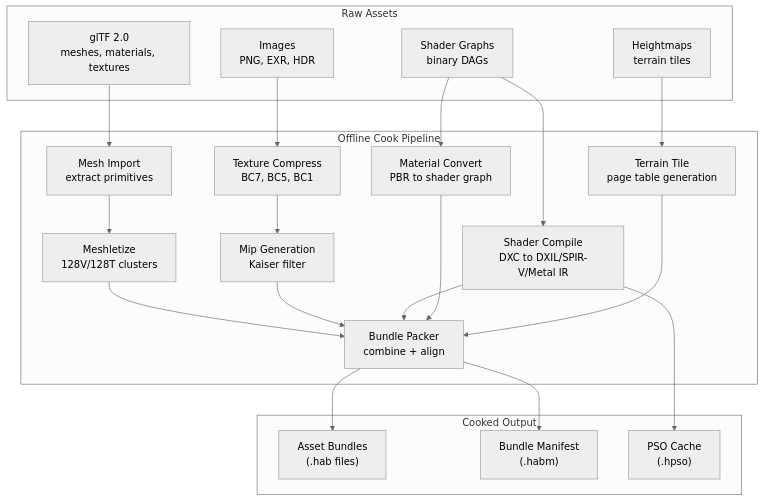
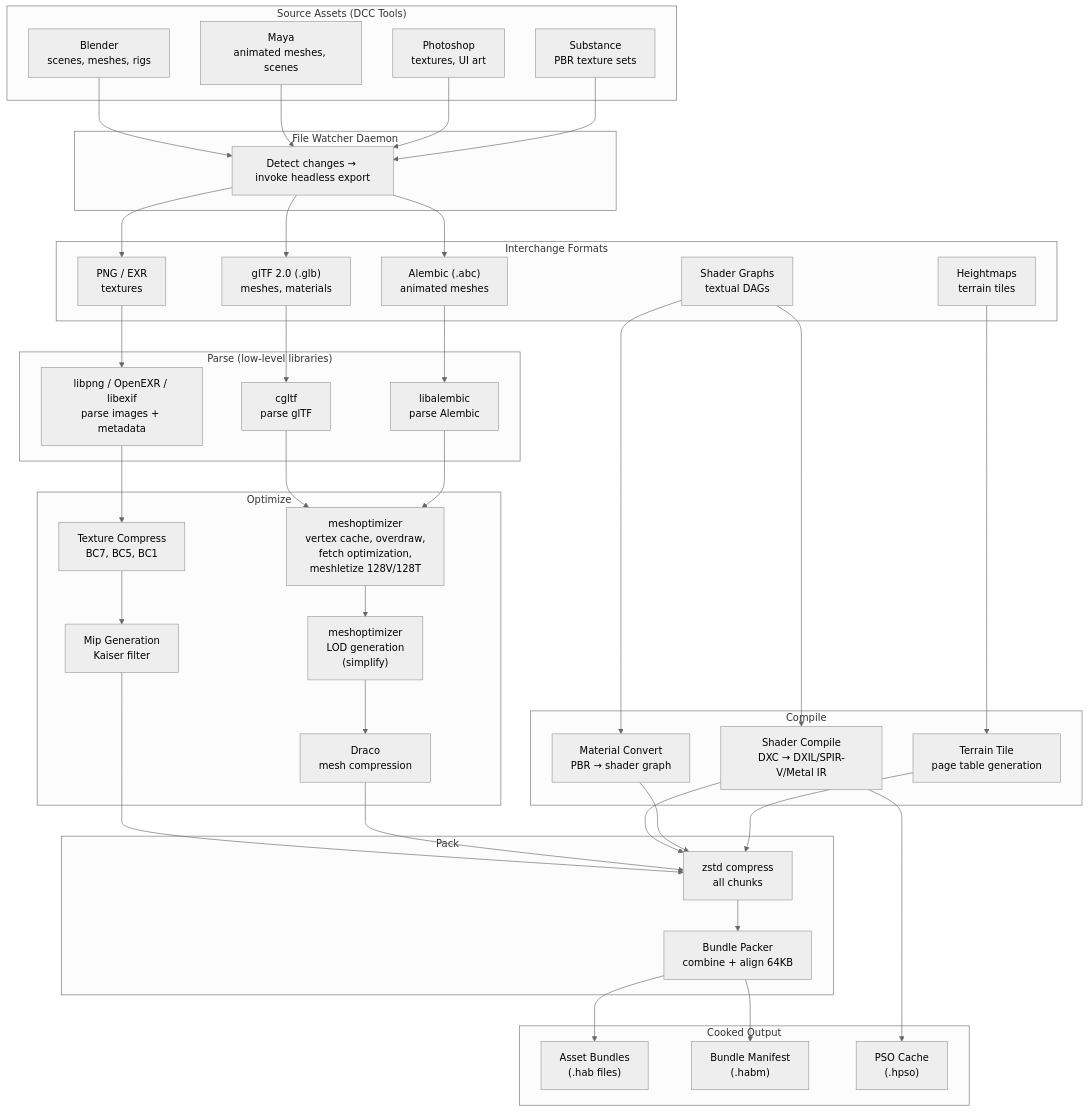
One commit to harmonius-dev/harmonius changed the first of 7 diagrams in docs/design/asset-pipeline.md. Above: the diagram before and after it, drawn with Mermaid (neutral theme). The commit also changed other lines of this file and 192 other files, not shown here.

````diff
--- a/docs/design/asset-pipeline.md
+++ b/docs/design/asset-pipeline.md
@@ -29,35 +77,72 @@
 ```mermaid
 flowchart TD
-    subgraph raw["Raw Assets"]
-        GLTF["glTF 2.0<br/>meshes, materials, textures"]
-        IMG["Images<br/>PNG, EXR, HDR"]
-        SG["Shader Graphs<br/>binary DAGs"]
+    subgraph source["Source Assets (DCC Tools)"]
+        BL["Blender<br/>scenes, meshes, rigs"]
+        MY["Maya<br/>animated meshes, scenes"]
+        PS["Photoshop<br/>textures, UI art"]
+        SB["Substance<br/>PBR texture sets"]
+    end
+
+    subgraph watcher["File Watcher Daemon"]
+        FW["Detect changes → invoke headless export"]
+    end
+
+    subgraph interchange["Interchange Formats"]
+        GLB["glTF 2.0 (.glb)<br/>meshes, materials"]
+        ABC["Alembic (.abc)<br/>animated meshes"]
+        PNG_EXR["PNG / EXR<br/>textures"]
+        SG["Shader Graphs<br/>textual DAGs"]
         HMAP["Heightmaps<br/>terrain tiles"]
     end
 
-    subgraph cook["Offline Cook Pipeline"]
-        MI["Mesh Import<br/>extract primitives"]
-        ML["Meshletize<br/>128V/128T clusters"]
+    subgraph parse["Parse (low-level libraries)"]
+        P_GLTF["cgltf<br/>parse glTF"]
+        P_ABC["libalembic<br/>parse Alembic"]
+        P_IMG["libpng / OpenEXR / libexif<br/>parse images + metadata"]
+    end
+
+    subgraph optimize["Optimize"]
+        MO["meshoptimizer<br/>vertex cache, overdraw,<br/>fetch optimization,<br/>meshletize 128V/128T"]
+        LOD["meshoptimizer<br/>LOD generation<br/>(simplify)"]
+        DC["Draco<br/>mesh compression"]
         TC["Texture Compress<br/>BC7, BC5, BC1"]
         MIP["Mip Generation<br/>Kaiser filter"]
-        SC["Shader Compile<br/>DXC to DXIL/SPIR-V/Metal IR"]
-        MAT["Material Convert<br/>PBR to shader graph"]
+    end
+
+    subgraph compile["Compile"]
+        SC["Shader Compile<br/>DXC → DXIL/SPIR-V/Metal IR"]
+        MAT["Material Convert<br/>PBR → shader graph"]
         TERR["Terrain Tile<br/>page table generation"]
-        PACK["Bundle Packer<br/>combine + align"]
+    end
+
+    subgraph pack["Pack"]
+        ZSTD["zstd compress<br/>all chunks"]
+        PACK["Bundle Packer<br/>combine + align 64KB"]
     end
 
     subgraph output["Cooked Output"]
         Bundle["Asset Bundles<br/>(.hab files)"]
         Manifest["Bundle Manifest<br/>(.habm)"]
         PSO_Cache["PSO Cache<br/>(.hpso)"]
     end
 
-    GLTF --> MI --> ML --> PACK
-    IMG --> TC --> MIP --> PACK
-    SG --> SC --> PACK
-    SG --> MAT --> PACK
-    HMAP --> TERR --> PACK
+    BL --> FW
+    MY --> FW
+    PS --> FW
+    SB --> FW
+    FW --> GLB
+    FW --> ABC
+    FW --> PNG_EXR
+
+    GLB --> P_GLTF --> MO
+    ABC --> P_ABC --> MO
+    PNG_EXR --> P_IMG --> TC --> MIP --> ZSTD
+    MO --> LOD --> DC --> ZSTD
+    SG --> SC --> ZSTD
+    SG --> MAT --> ZSTD
+    HMAP --> TERR --> ZSTD
+    ZSTD --> PACK
     PACK --> Bundle
     PACK --> Manifest
     SC --> PSO_Cache
 ```
````
